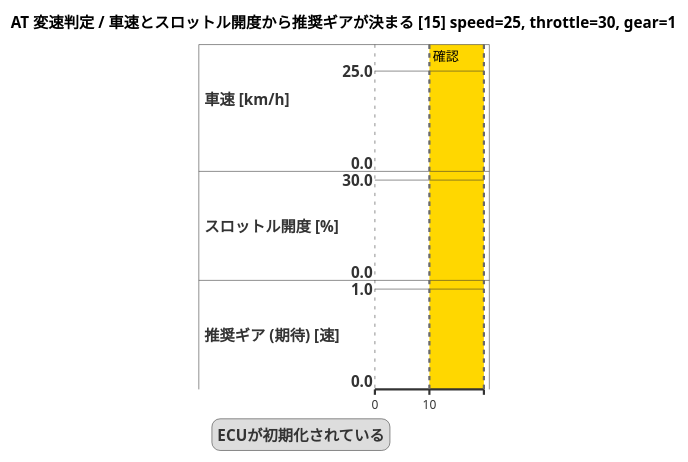
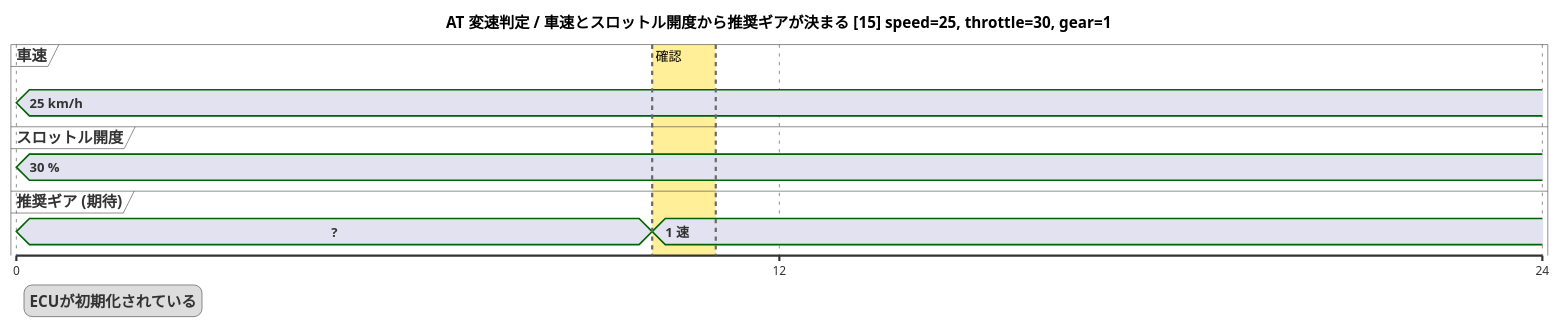
Before and after one commit to YitKubo/poc_bdd: the diagram in charts/at_shift/車速とスロットル開度から推奨ギアが決まる_15.puml, drawn with PlantUML. The commit also changed 89 other files, not shown here.

```diff
--- a/charts/at_shift/車速とスロットル開度から推奨ギアが決まる_15.puml
+++ b/charts/at_shift/車速とスロットル開度から推奨ギアが決まる_15.puml
@@ -1,19 +1,20 @@
 @startuml
 skinparam defaultFontName IPAGothic
 title AT 変速判定 / 車速とスロットル開度から推奨ギアが決まる [15] speed=25, throttle=30, gear=1
+scale 12 as 700 pixels
 legend left
   ECUが初期化されている
 endlegend
-analog "車速 [km/h]" between 0 and 25 as s0
-analog "スロットル開度 [%]" between 0 and 30 as s1
-analog "推奨ギア (期待) [速]" between 0 and 1 as s2
+concise "車速" as s0
+concise "スロットル開度" as s1
+concise "推奨ギア (期待)" as s2
 
 @0
-s0 is 25
-s1 is 30
+s0 is "25 km/h"
+s1 is "30 %"
+s2 is "?"
 @10
-s0 is 25
-s1 is 30
-s2 is 1
-highlight 10 to 20 #Gold;line:DimGrey : 確認
+s2 is "1 速"
+@12
+highlight 10 to 11 #FFD70066;line:DimGrey : 確認
 @enduml
```
